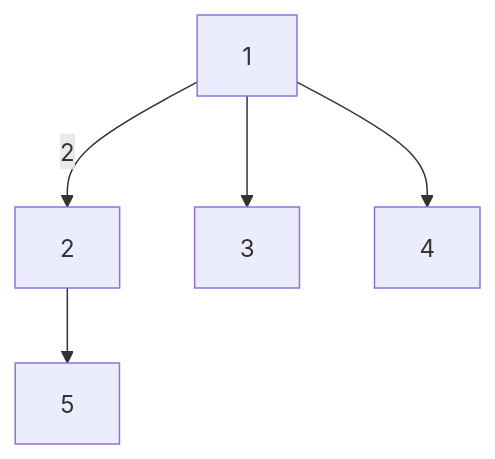
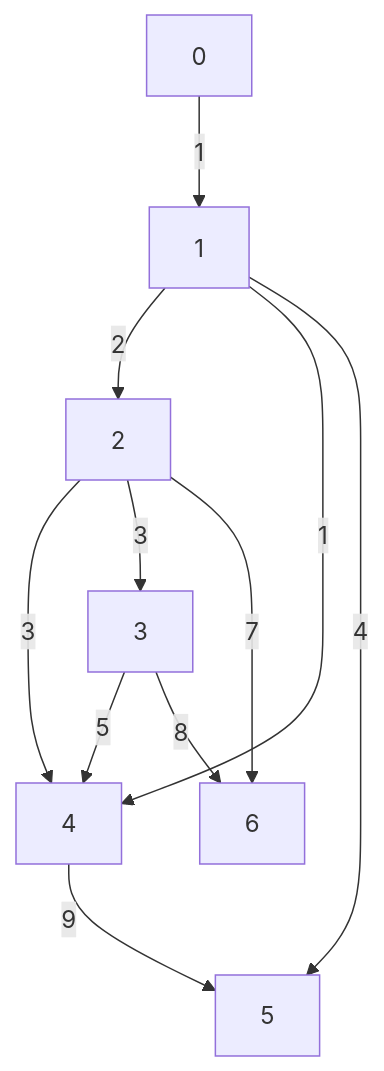
The second of 2 diagrams in README.md (Rahul10Saha/Graphs_basics), drawn with Mermaid before and after one commit.

````diff
--- a/README.md
+++ b/README.md
@@ -257,7 +257,13 @@
 ```mermaid
 graph TD;
+    0--1-->1;
     1--2-->2;
-    1-->3;
-    1-->4;
-    2-->5;
+    1--1-->4;
+    1--4-->5;
+    2--3-->4;
+    2--3-->3;
+    2--7-->6;
+    3--5-->4;
+    3--8-->6;
+    4--9-->5;
 ```
````
